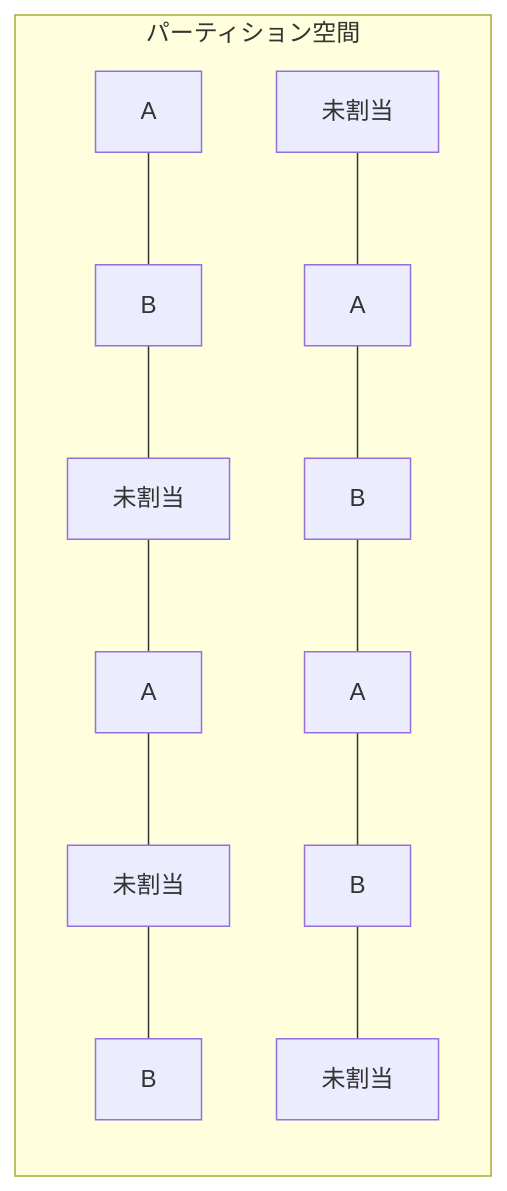
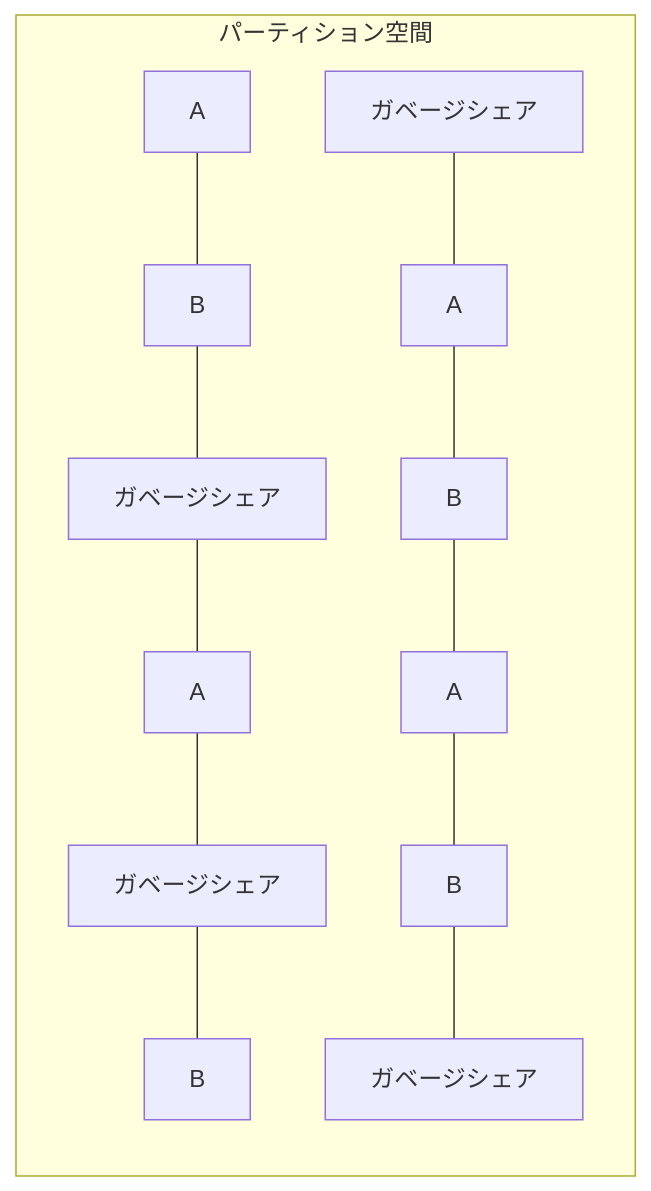
Before and after one commit to pacific-system/secret-sharing-demos-20250510: the diagram in method_13_shamir_multi_plaintext_system/design/03_detailed_design.md, drawn with Mermaid. The commit also changed other lines of this file and 21 other files, not shown here.

````diff
--- a/method_13_shamir_multi_plaintext_system/design/03_detailed_design.md
+++ b/method_13_shamir_multi_plaintext_system/design/03_detailed_design.md
@@ -70,7 +74,7 @@
 ```mermaid
 graph LR
     subgraph "パーティション空間"
-    A1[A] --- B1[B] --- N1[未割当] --- A2[A] --- N2[未割当] --- B2[B]
-    N3[未割当] --- A3[A] --- B3[B] --- A4[A] --- B4[B] --- N4[未割当]
+    A1[A] --- B1[B] --- N1[ガベージシェア] --- A2[A] --- N2[ガベージシェア] --- B2[B]
+    N3[ガベージシェア] --- A3[A] --- B3[B] --- A4[A] --- B4[B] --- N4[ガベージシェア]
     end
 ```
````
